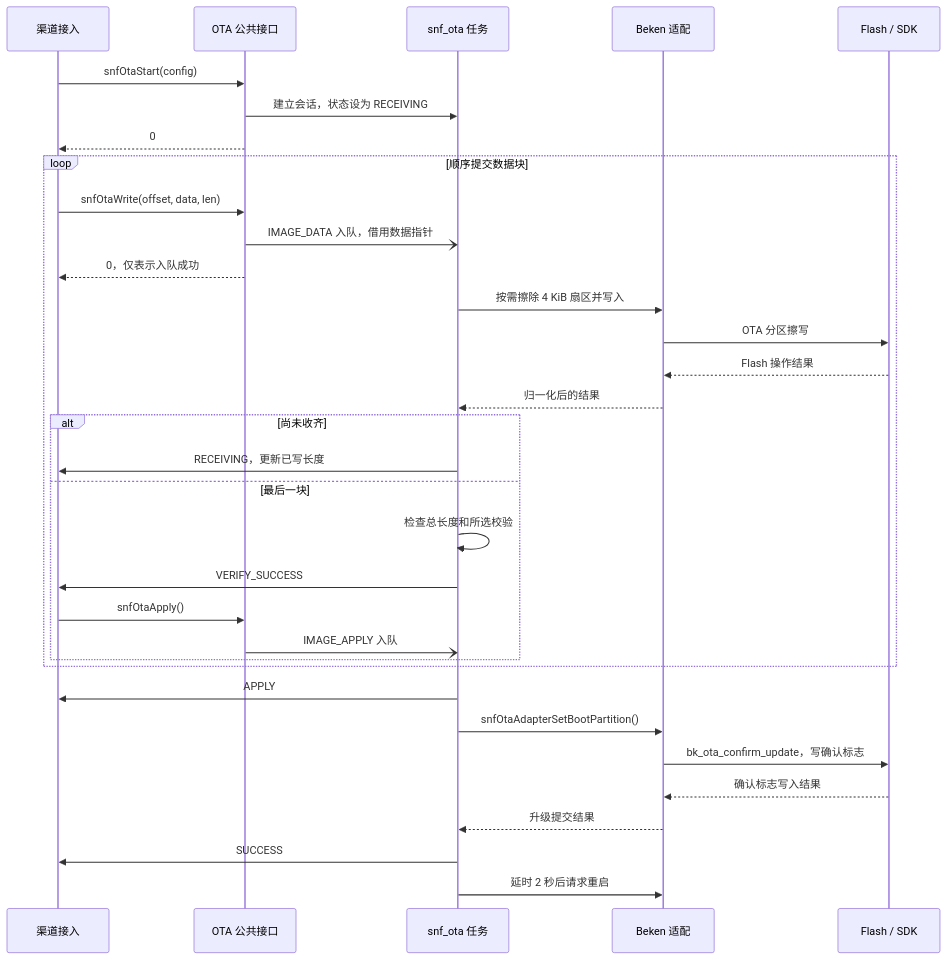
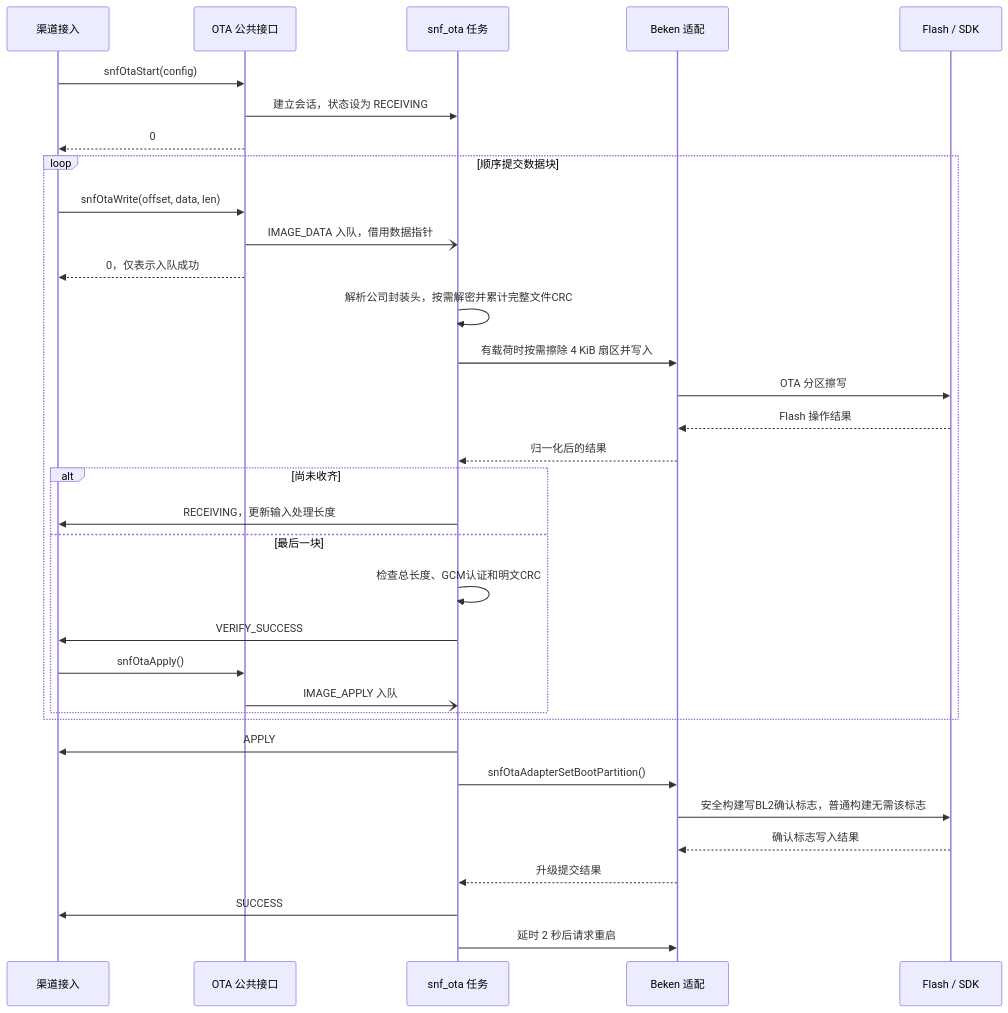
The third of 5 diagrams in docs/ota.md (dragonxiaoex/bk7239), drawn with Mermaid before and after one commit. The commit also changed other lines of this file and 58 other files, not shown here.

````diff
--- a/docs/ota.md
+++ b/docs/ota.md
@@ -165,35 +254,36 @@
 ```mermaid
 sequenceDiagram
     participant ingress as 渠道接入
     participant api as OTA 公共接口
     participant worker as snf_ota 任务
     participant adapter as Beken 适配
     participant flash as Flash / SDK
     ingress->>api: snfOtaStart(config)
     api->>worker: 建立会话，状态设为 RECEIVING
     api-->>ingress: 0
     loop 顺序提交数据块
         ingress->>api: snfOtaWrite(offset, data, len)
         api-)worker: IMAGE_DATA 入队，借用数据指针
         api-->>ingress: 0，仅表示入队成功
-        worker->>adapter: 按需擦除 4 KiB 扇区并写入
+        worker->>worker: 解析公司封装头，按需解密并累计完整文件CRC
+        worker->>adapter: 有载荷时按需擦除 4 KiB 扇区并写入
         adapter->>flash: OTA 分区擦写
         flash-->>adapter: Flash 操作结果
         adapter-->>worker: 归一化后的结果
         alt 尚未收齐
-            worker->>ingress: RECEIVING，更新已写长度
+            worker->>ingress: RECEIVING，更新输入处理长度
         else 最后一块
-            worker->>worker: 检查总长度和所选校验
+            worker->>worker: 检查总长度、GCM认证和明文CRC
             worker->>ingress: VERIFY_SUCCESS
             ingress->>api: snfOtaApply()
             api-)worker: IMAGE_APPLY 入队
         end
     end
     worker->>ingress: APPLY
     worker->>adapter: snfOtaAdapterSetBootPartition()
-    adapter->>flash: bk_ota_confirm_update，写确认标志
+    adapter->>flash: 安全构建写BL2确认标志，普通构建无需该标志
     flash-->>adapter: 确认标志写入结果
     adapter-->>worker: 升级提交结果
     worker->>ingress: SUCCESS
     worker->>adapter: 延时 2 秒后请求重启
 ```
````
